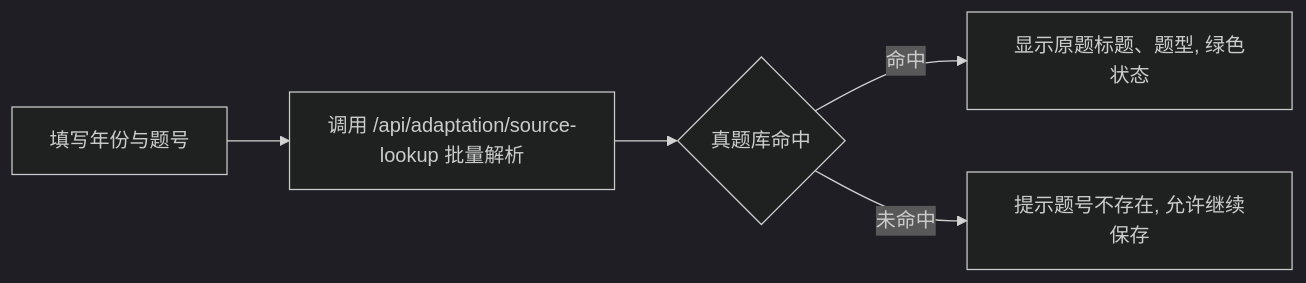
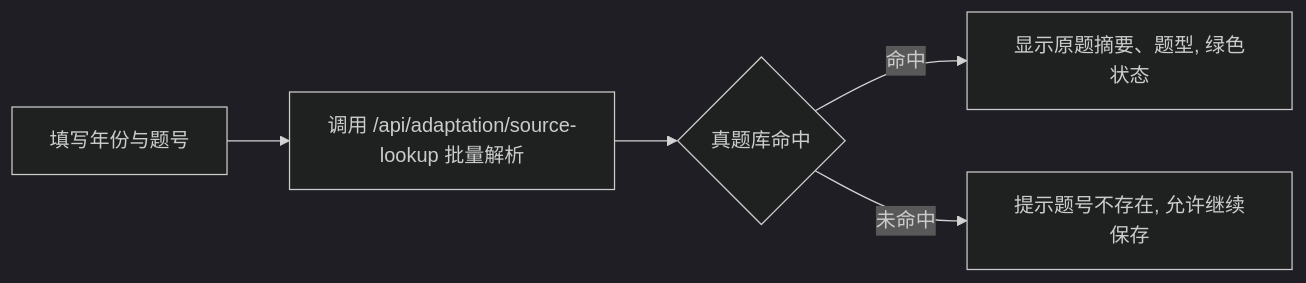
The second of 4 diagrams in doc/模块/真题改编模块开发设计.md (ddll8023/408web), drawn with Mermaid (dark theme) before and after one commit. The commit also changed other lines of this file and 40 other files, not shown here.

````diff
--- a/doc/模块/真题改编模块开发设计.md
+++ b/doc/模块/真题改编模块开发设计.md
@@ -165,7 +173,7 @@
 ```mermaid
 flowchart LR
     A[填写年份与题号] --> B[调用 /api/adaptation/source-lookup 批量解析]
     B --> C{真题库命中}
-    C -->|命中| D[显示原题标题、题型, 绿色状态]
+    C -->|命中| D[显示原题摘要、题型, 绿色状态]
     C -->|未命中| E[提示题号不存在, 允许继续保存]
 ```
````
